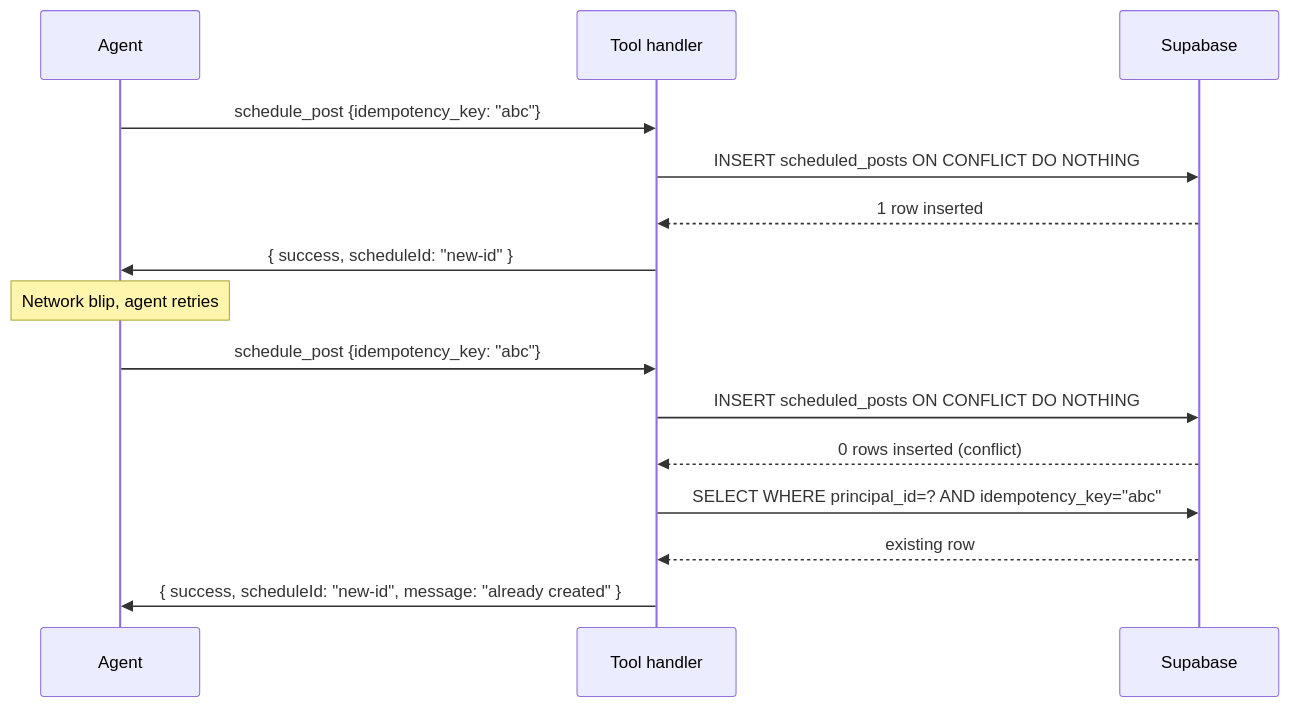
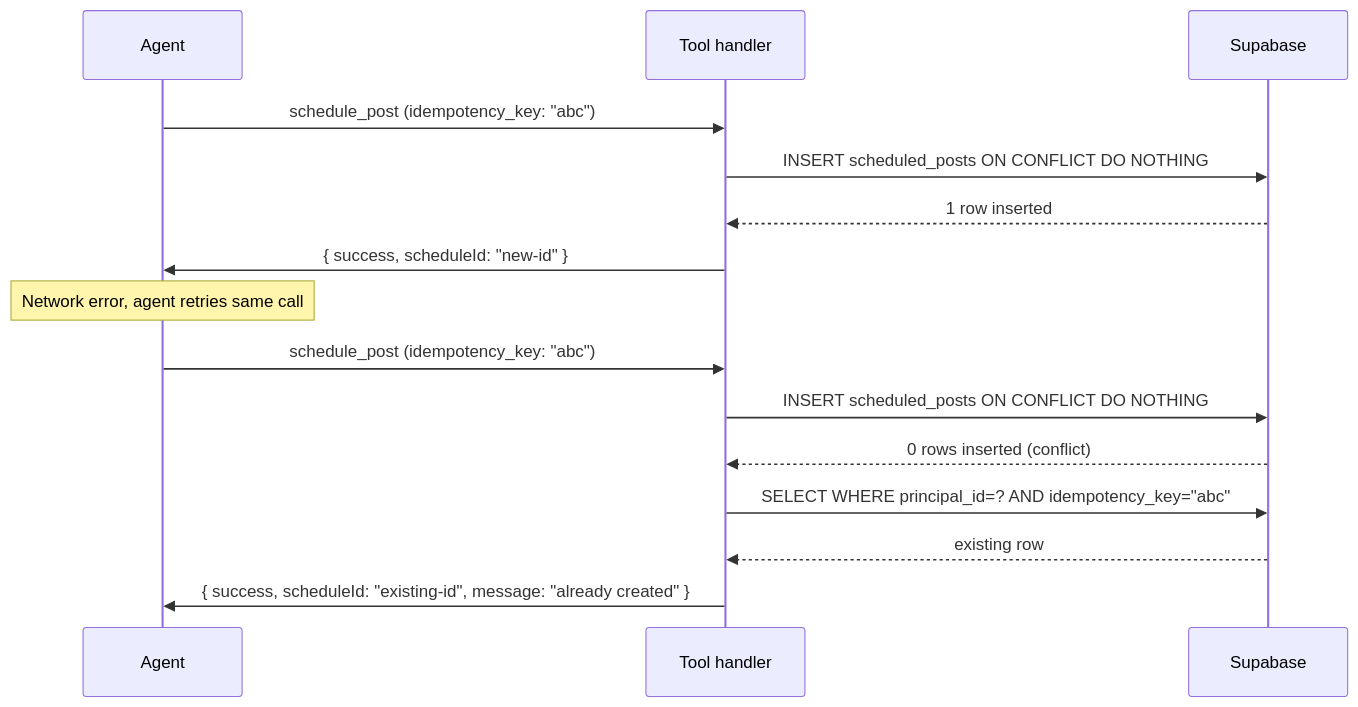
The fourth of 4 diagrams in docs/SCHEDULING.md (Andy00L/sharetopus), drawn with Mermaid before and after one commit. The commit also changed other lines of this file and 23 other files, not shown here.

````diff
--- a/docs/SCHEDULING.md
+++ b/docs/SCHEDULING.md
@@ -175,20 +190,20 @@
 ```mermaid
 sequenceDiagram
     participant A as Agent
     participant T as Tool handler
     participant DB as Supabase
 
-    A->>T: schedule_post {idempotency_key: "abc"}
+    A->>T: schedule_post (idempotency_key: "abc")
     T->>DB: INSERT scheduled_posts ON CONFLICT DO NOTHING
     DB-->>T: 1 row inserted
     T->>A: { success, scheduleId: "new-id" }
 
-    Note over A: Network blip, agent retries
+    Note over A: Network error, agent retries same call
 
-    A->>T: schedule_post {idempotency_key: "abc"}
+    A->>T: schedule_post (idempotency_key: "abc")
     T->>DB: INSERT scheduled_posts ON CONFLICT DO NOTHING
     DB-->>T: 0 rows inserted (conflict)
     T->>DB: SELECT WHERE principal_id=? AND idempotency_key="abc"
     DB-->>T: existing row
-    T->>A: { success, scheduleId: "new-id", message: "already created" }
+    T->>A: { success, scheduleId: "existing-id", message: "already created" }
 ```
````
